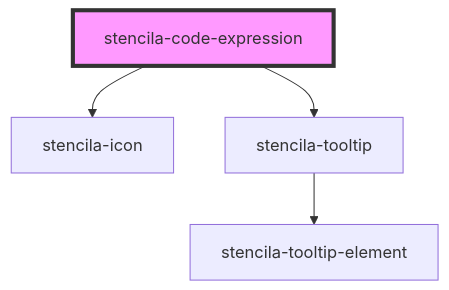
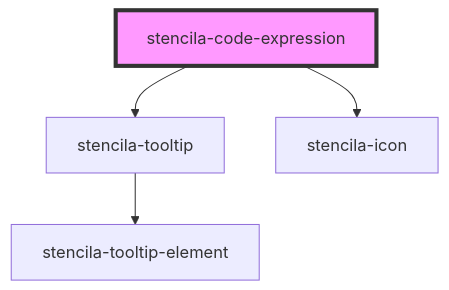
Before and after one commit to stencila/designa: the diagram in packages/components/src/components/codeExpression/readme.md, drawn with Mermaid. The commit also changed other lines of this file and 1 other file, not shown here.

Commit message:
feat(Code Expression): Add help text tooltip to icon button

````diff
--- a/packages/components/src/components/codeExpression/readme.md
+++ b/packages/components/src/components/codeExpression/readme.md
@@ -14,7 +14,7 @@
 ```mermaid
 graph TD;
+  stencila-code-expression --> stencila-tooltip
   stencila-code-expression --> stencila-icon
-  stencila-code-expression --> stencila-tooltip
   stencila-tooltip --> stencila-tooltip-element
   style stencila-code-expression fill:#f9f,stroke:#333,stroke-width:4px
 ```
````
